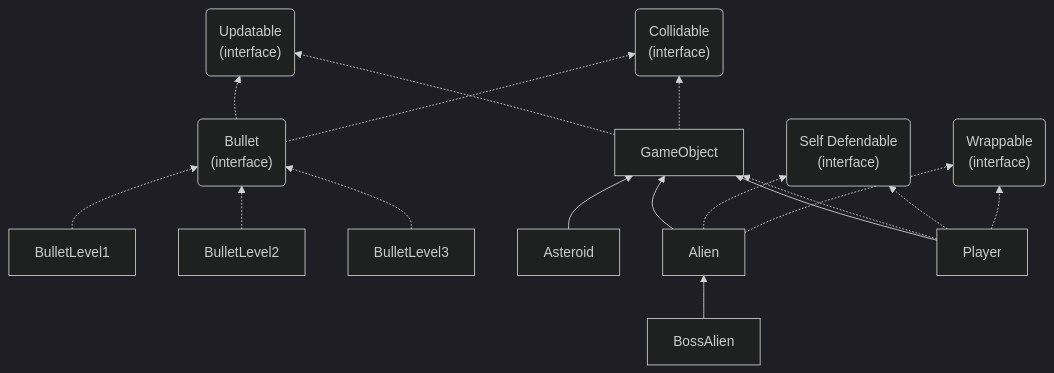
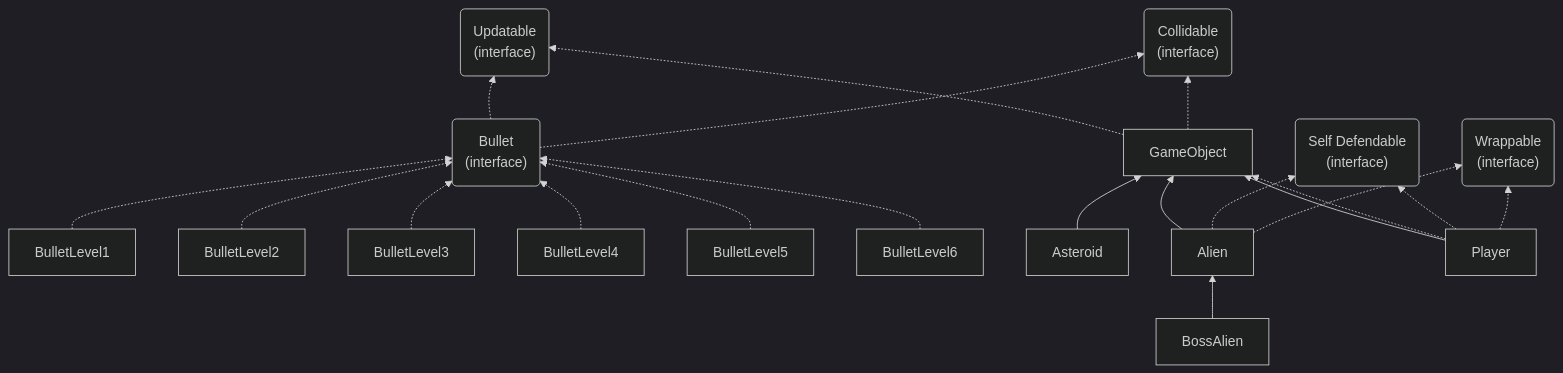
Before and after one commit to wilsonpe66/brisHack-26: the diagram in docs/entities.md, drawn with Mermaid (dark theme). The commit also changed other lines of this file and 34 other files, not shown here.

````diff
--- a/docs/entities.md
+++ b/docs/entities.md
@@ -7,20 +7,23 @@
 ```mermaid
 graph BT
 
     updatable("Updatable\n(interface)")
     collidable("Collidable\n(interface)")
     selfDefendable("Self Defendable\n(interface)")
     wrappable("Wrappable\n(interface)")
     bullet("Bullet\n(interface)")
     GameObject -.-> updatable & collidable
     bullet -.-> updatable & collidable
     BulletLevel1 -.-> bullet
     BulletLevel2 -.-> bullet
     BulletLevel3 -.-> bullet
+    BulletLevel4 -.-> bullet
+    BulletLevel5 -.-> bullet
+    BulletLevel6 -.-> bullet
     Asteroid --> GameObject
     Alien --> GameObject
     Alien -.-> selfDefendable & wrappable
     BossAlien --> Alien
     Player --> GameObject
     Player -.-> GameObject & selfDefendable & wrappable
 ```
````
